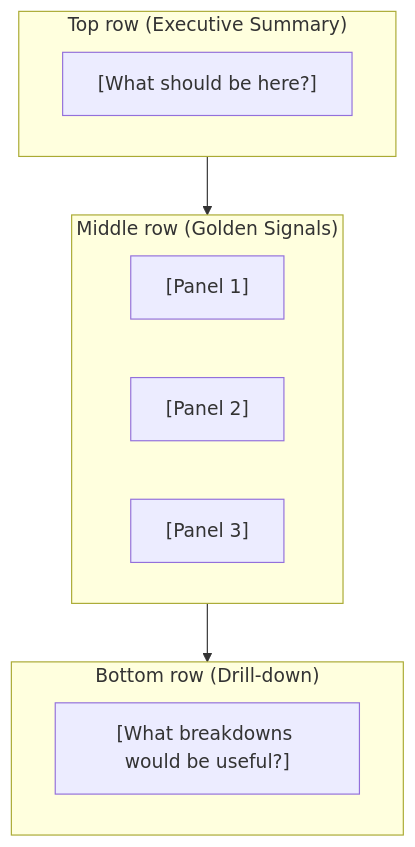
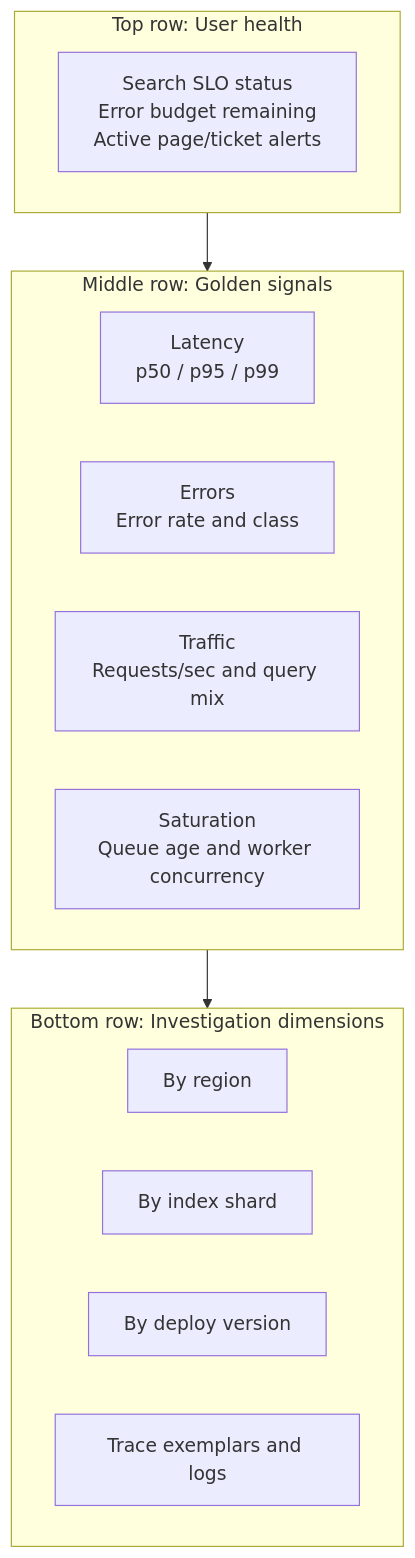
Before and after one commit to kube-dojo/kube-dojo: the seventh of 7 diagrams in src/content/docs/platform/foundations/observability-theory/module-3.4-from-data-to-insight.md, drawn with Mermaid. The commit also changed other lines of this file and 1 other file, not shown here.

````diff
--- a/src/content/docs/platform/foundations/observability-theory/module-3.4-from-data-to-insight.md
+++ b/src/content/docs/platform/foundations/observability-theory/module-3.4-from-data-to-insight.md
@@ -606,22 +567,26 @@
 ```mermaid
 flowchart TD
-    subgraph Top ["Top row (Executive Summary)"]
+    subgraph Top ["Top row: User health"]
         direction LR
-        A["[What should be here?]"]
+        A["Search SLO status<br>Error budget remaining<br>Active page/ticket alerts"]
     end
 
-    subgraph Middle ["Middle row (Golden Signals)"]
+    subgraph Middle ["Middle row: Golden signals"]
         direction LR
-        B1["[Panel 1]"]
-        B2["[Panel 2]"]
-        B3["[Panel 3]"]
+        B1["Latency<br>p50 / p95 / p99"]
+        B2["Errors<br>Error rate and class"]
+        B3["Traffic<br>Requests/sec and query mix"]
+        B4["Saturation<br>Queue age and worker concurrency"]
     end
 
-    subgraph Bottom ["Bottom row (Drill-down)"]
+    subgraph Bottom ["Bottom row: Investigation dimensions"]
         direction LR
-        C["[What breakdowns would be useful?]"]
+        C1["By region"]
+        C2["By index shard"]
+        C3["By deploy version"]
+        C4["Trace exemplars and logs"]
     end
 
     Top --> Middle
     Middle --> Bottom
 ```
````
